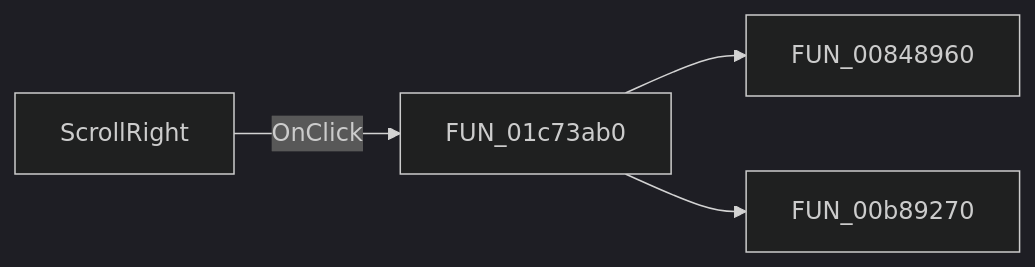
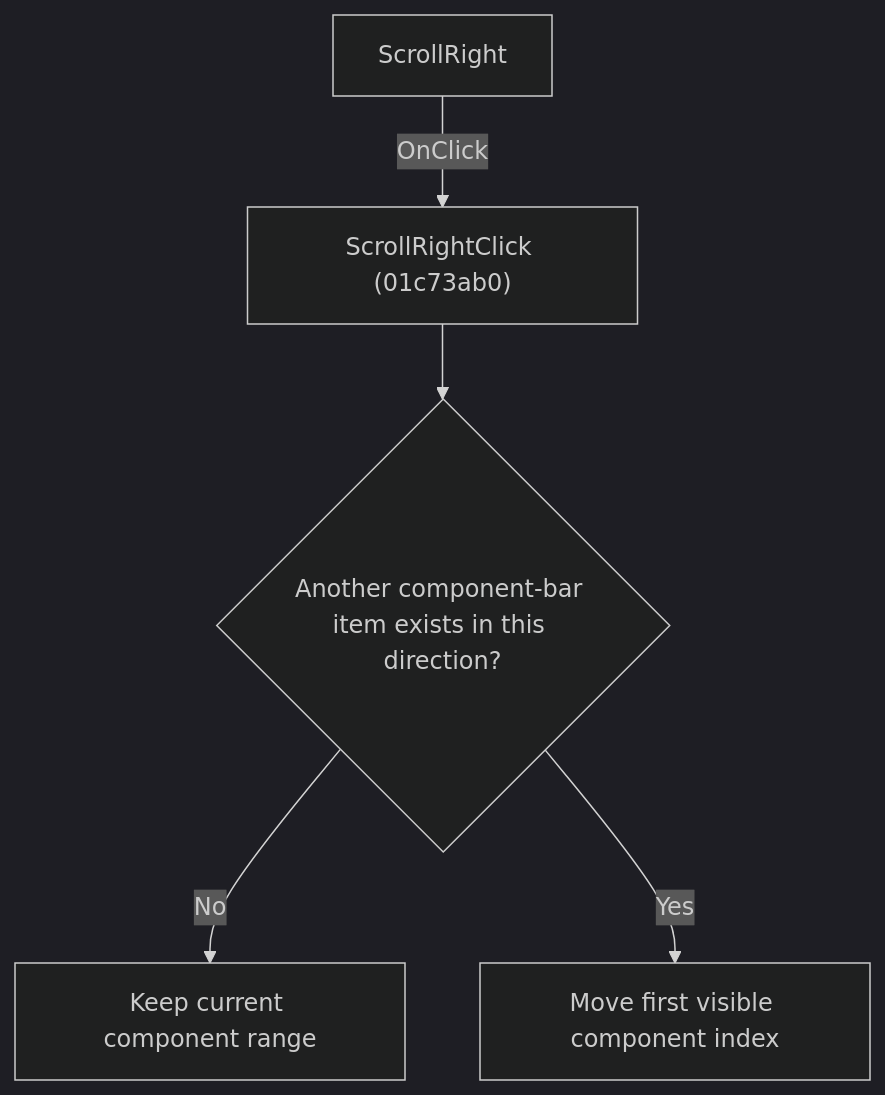
Before and after one commit to MovGP0/TIARA: the diagram in docs/ui-controls/schematiceditor/scrollright-710c8ba130.md, drawn with Mermaid (dark theme). The commit also changed other lines of this file and 1062 other files, not shown here.

````diff
--- a/docs/ui-controls/schematiceditor/scrollright-710c8ba130.md
+++ b/docs/ui-controls/schematiceditor/scrollright-710c8ba130.md
@@ -27,6 +27,7 @@
 ```mermaid
-flowchart LR
-    control["ScrollRight"] -->|OnClick| handler["FUN_01c73ab0"]
-    handler --> call1["FUN_00848960"]
-    handler --> call2["FUN_00b89270"]
+flowchart TD
+    control["ScrollRight"] -->|"OnClick"| handler["ScrollRightClick (01c73ab0)"]
+    handler --> guard{"Another component-bar item exists in this direction?"}
+    guard -->|"No"| noChange["Keep current component range"]
+    guard -->|"Yes"| action["Move first visible component index"]
 ```
````
